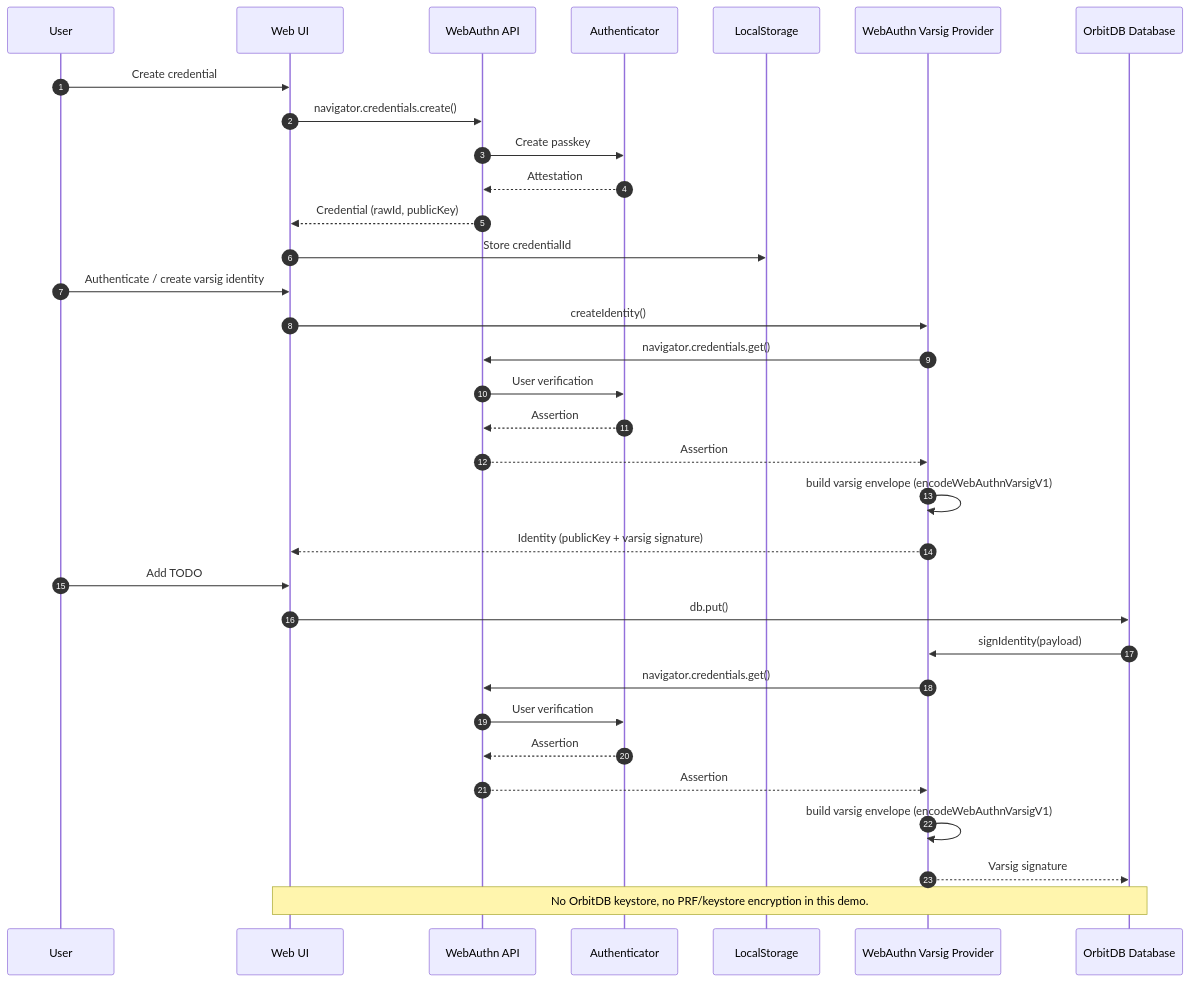
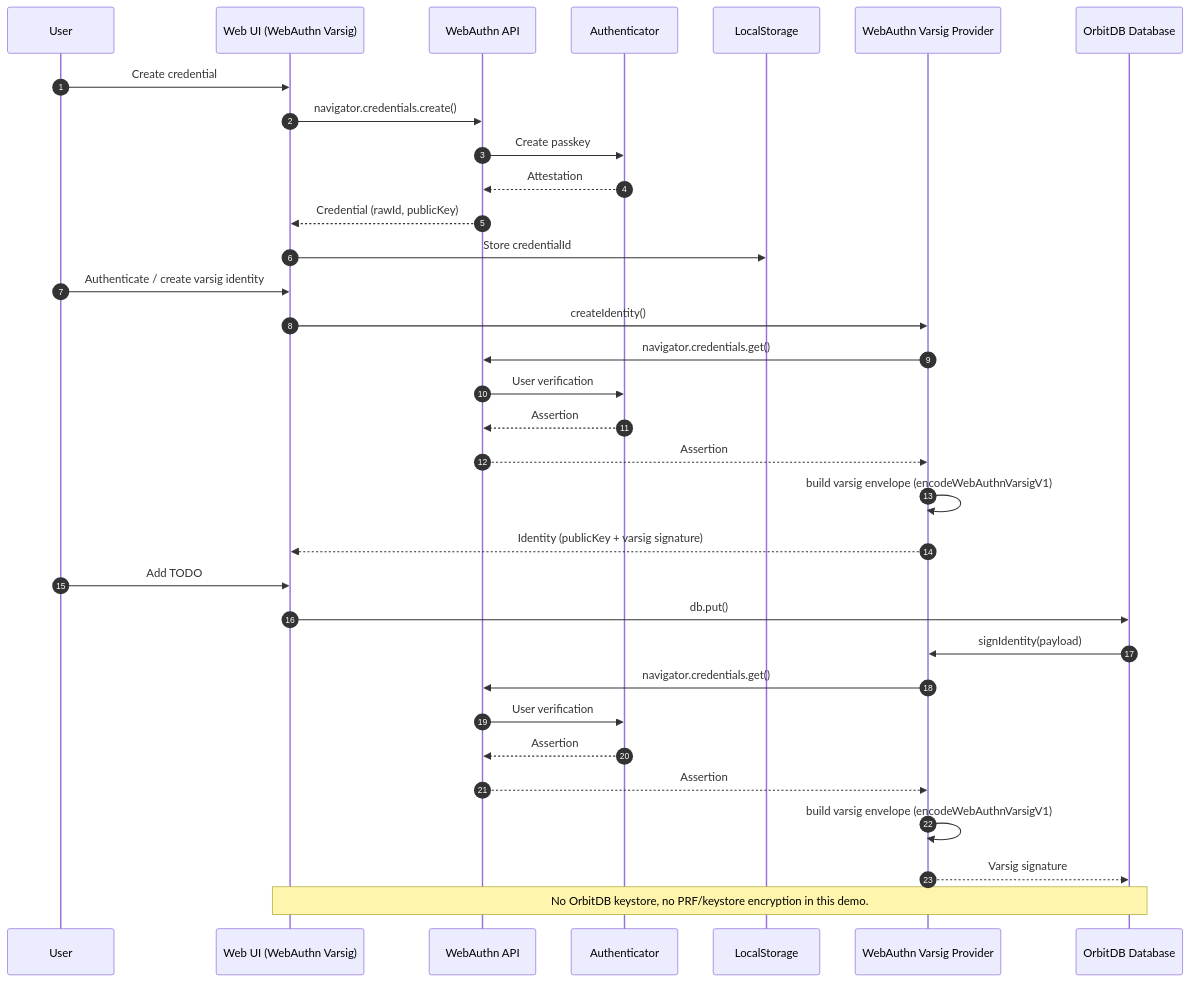
One commit to Le-Space/orbitdb-identity-provider-webauthn-did changed the sixth of 6 diagrams in docs/EXAMPLE-SEQUENCES.md. Above: the diagram before and after it, drawn with Mermaid. The commit also changed other lines of this file and 1 other file, not shown here.

Commit message:
Update example sequences and CI command

````diff
--- a/docs/EXAMPLE-SEQUENCES.md
+++ b/docs/EXAMPLE-SEQUENCES.md
@@ -121,39 +215,39 @@
 ```mermaid
 sequenceDiagram
   autonumber
   participant User
-  participant App as Web UI
+  participant App as Web UI (WebAuthn Varsig)
   participant WebAuthn as WebAuthn API
   participant Auth as Authenticator
   participant LS as LocalStorage
   participant Prov as WebAuthn Varsig Provider
   participant DB as OrbitDB Database
 
   User->>App: Create credential
   App->>WebAuthn: navigator.credentials.create()
   WebAuthn->>Auth: Create passkey
   Auth-->>WebAuthn: Attestation
   WebAuthn-->>App: Credential (rawId, publicKey)
   App->>LS: Store credentialId
 
   User->>App: Authenticate / create varsig identity
   App->>Prov: createIdentity()
   Prov->>WebAuthn: navigator.credentials.get()
   WebAuthn->>Auth: User verification
   Auth-->>WebAuthn: Assertion
   WebAuthn-->>Prov: Assertion
   Prov->>Prov: build varsig envelope (encodeWebAuthnVarsigV1)
   Prov-->>App: Identity (publicKey + varsig signature)
 
   User->>App: Add TODO
   App->>DB: db.put()
   DB->>Prov: signIdentity(payload)
   Prov->>WebAuthn: navigator.credentials.get()
   WebAuthn->>Auth: User verification
   Auth-->>WebAuthn: Assertion
   WebAuthn-->>Prov: Assertion
   Prov->>Prov: build varsig envelope (encodeWebAuthnVarsigV1)
   Prov-->>DB: Varsig signature
 
   Note over App,DB: No OrbitDB keystore, no PRF/keystore encryption in this demo.
 ```
````
